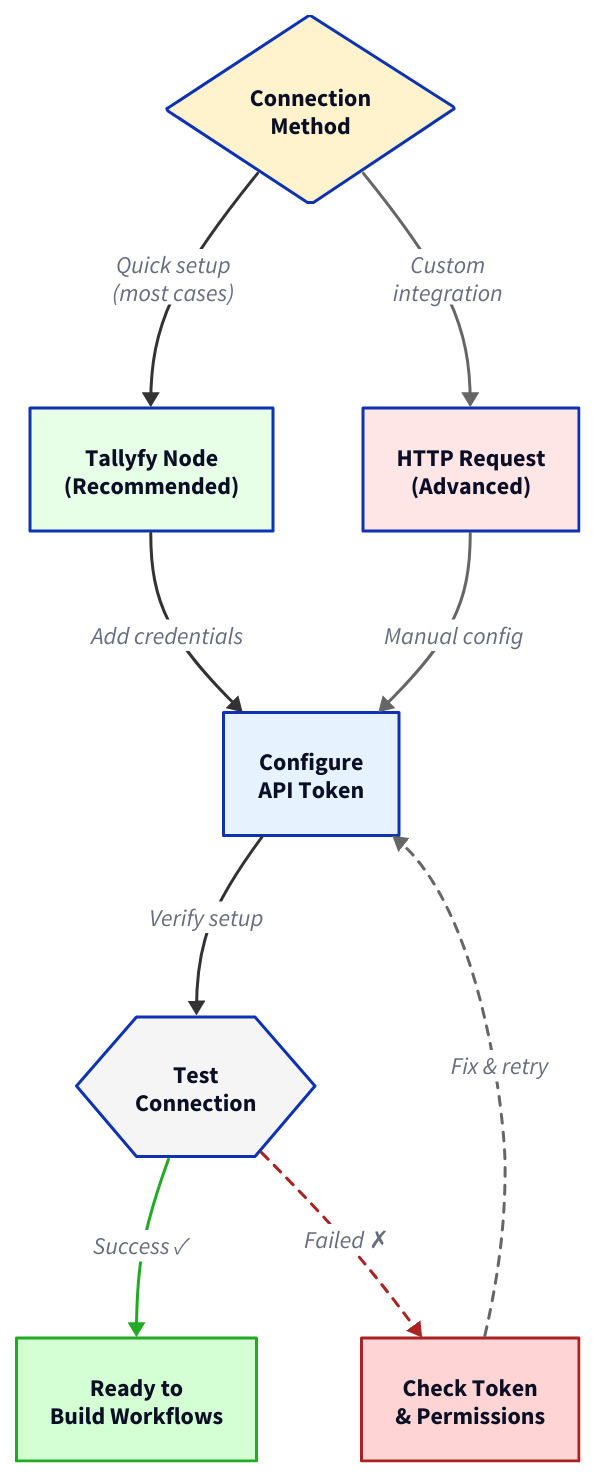
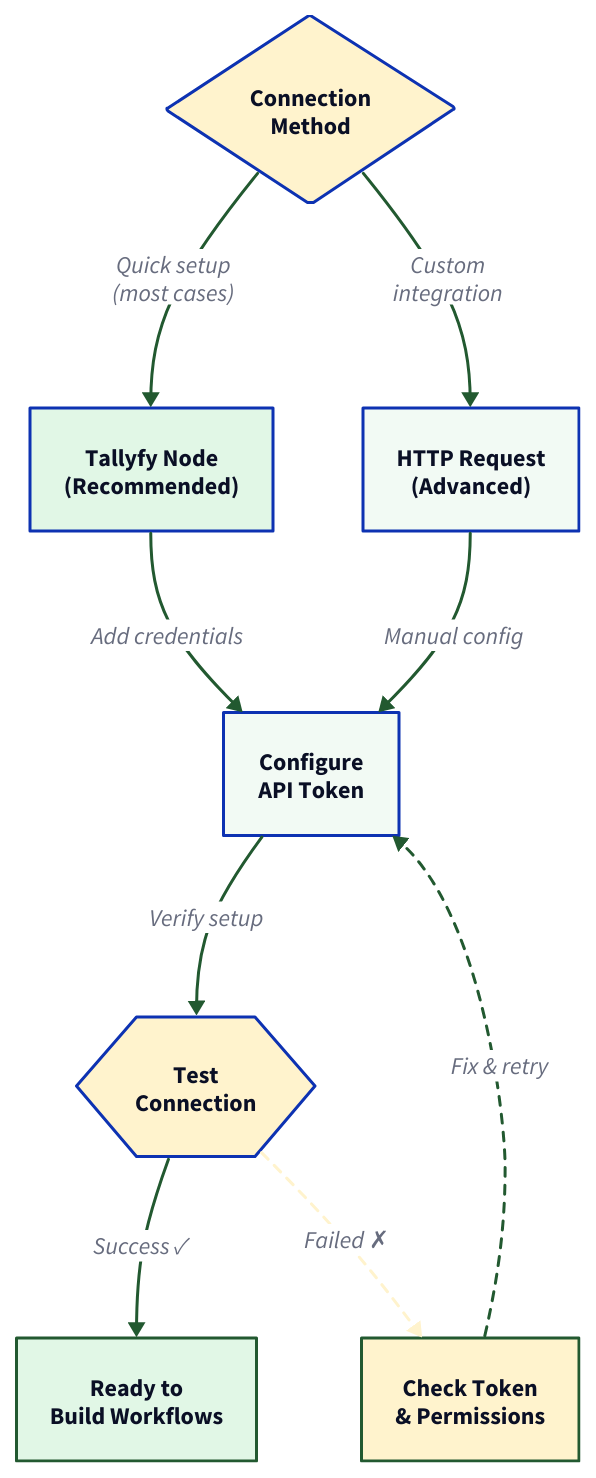
The first of 2 diagrams in src/content/docs/pro/integrations/middleware/n8n/connecting-n8n-to-tallyfy.mdx (tallyfy/documentation), drawn with D2 before and after one commit. The commit also changed 66 other files, not shown here.

````diff
--- a/src/content/docs/pro/integrations/middleware/n8n/connecting-n8n-to-tallyfy.mdx
+++ b/src/content/docs/pro/integrations/middleware/n8n/connecting-n8n-to-tallyfy.mdx
@@ -23,77 +23,77 @@
 ```d2
 direction: down
 
 Method: "Connection\nMethod" {
   shape: diamond
   style.fill: "#fff3cd"
 }
 
 Node: "Tallyfy Node\n(Recommended)" {
   shape: rectangle
-  style.fill: "#e6ffe6"
+  style.fill: "#e1f7e6"
 }
 
 HTTP: "HTTP Request\n(Advanced)" {
   shape: rectangle
-  style.fill: "#ffe6e6"
+  style.fill: "#f2faf4"
 }
 
 Auth: "Configure\nAPI Token" {
   shape: rectangle
-  style.fill: "#e6f3ff"
+  style.fill: "#f2faf4"
 }
 
 Test: "Test\nConnection" {
   shape: hexagon
-  style.fill: "#f5f5f5"
+  style.fill: "#fff3cd"
 }
 
 Ready: "Ready to\nBuild Workflows" {
   shape: rectangle
-  style.fill: "#d4ffd4"
-  style.stroke: "#22aa22"
+  style.fill: "#e1f7e6"
+  style.stroke: "#225930"
   style.stroke-width: 2
 }
 
 Debug: "Check Token\n& Permissions" {
   shape: rectangle
-  style.fill: "#ffd4d4"
-  style.stroke: "#aa2222"
+  style.fill: "#fff3cd"
+  style.stroke: "#225930"
 }
 
 Method -> Node: "Quick setup\n(most cases)" {
-  style.stroke: "#333"
+  style.stroke: "#225930"
   style.stroke-width: 2
 }
 
 Method -> HTTP: "Custom\nintegration" {
-  style.stroke: "#666"
+  style.stroke: "#225930"
 }
 
 Node -> Auth: "Add credentials" {
-  style.stroke: "#333"
+  style.stroke: "#225930"
 }
 
 HTTP -> Auth: "Manual config" {
-  style.stroke: "#666"
+  style.stroke: "#225930"
 }
 
 Auth -> Test: "Verify setup" {
-  style.stroke: "#333"
+  style.stroke: "#225930"
 }
 
 Test -> Ready: "Success ✓" {
-  style.stroke: "#22aa22"
+  style.stroke: "#225930"
   style.stroke-width: 2
 }
 
 Test -> Debug: "Failed ✗" {
-  style.stroke: "#aa2222"
+  style.stroke: "#fff3cd"
   style.stroke-dash: 3
 }
 
 Debug -> Auth: "Fix & retry" {
-  style.stroke: "#666"
+  style.stroke: "#225930"
   style.stroke-dash: 3
 }
 ```
````
